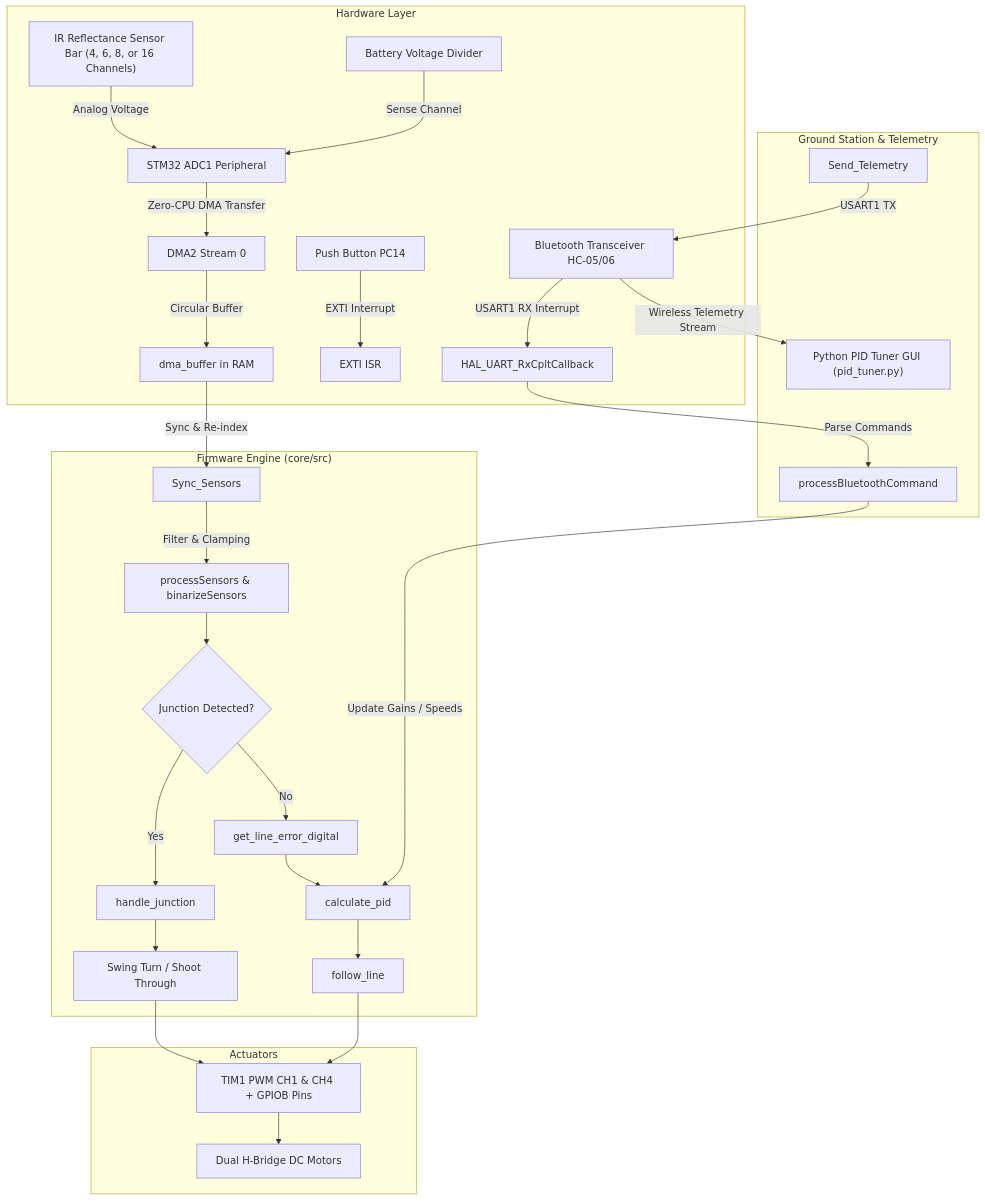
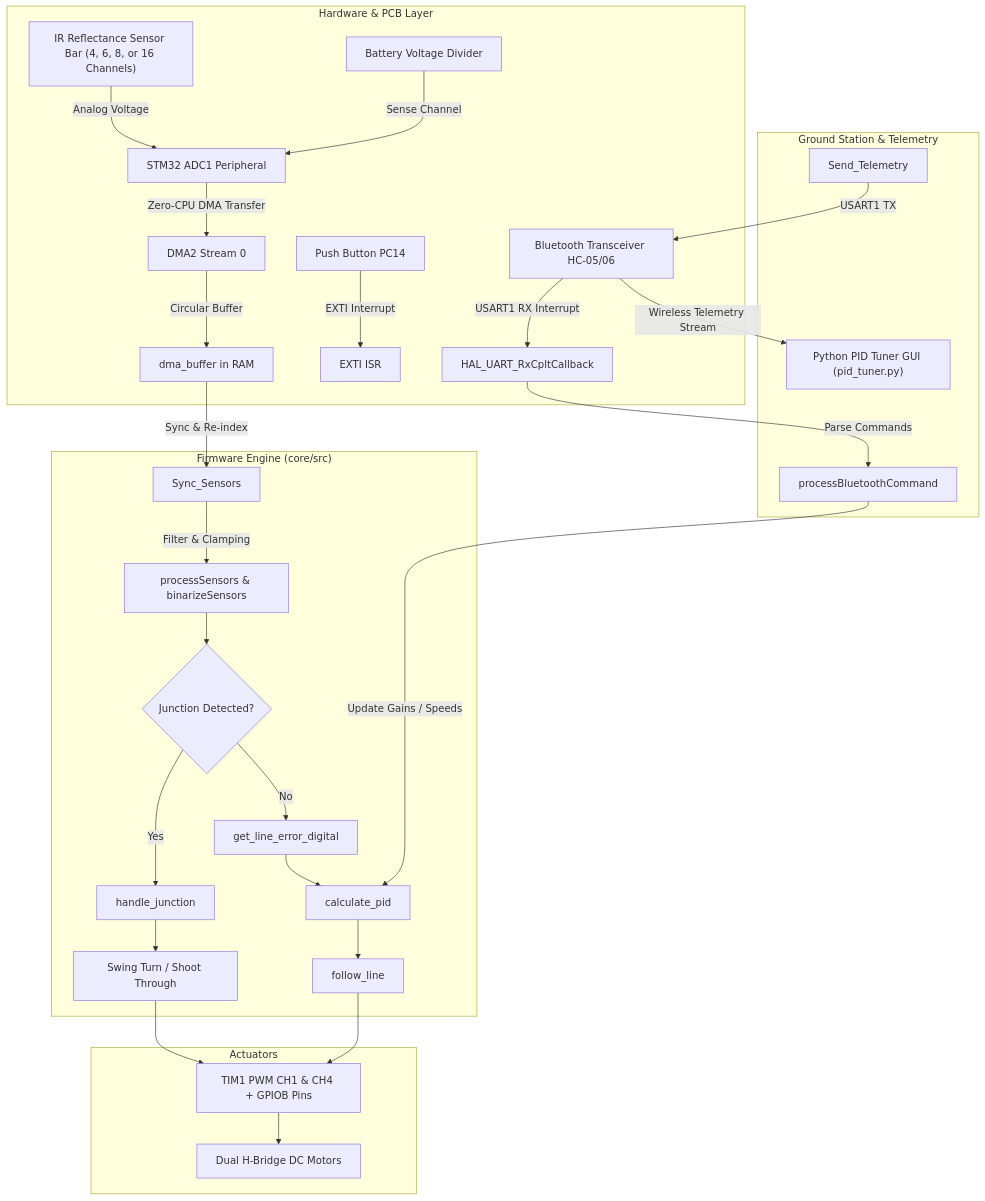
One commit to git-jaishnu/line_follower changed the first of 2 diagrams in README.md. Above: the diagram before and after it, drawn with Mermaid. The commit also changed other lines of this file, not shown here.

````diff
--- a/README.md
+++ b/README.md
@@ -40,37 +56,37 @@
 ```mermaid
 flowchart TD
-    subgraph "Hardware Layer"
+    subgraph "Hardware & PCB Layer"
         IR["IR Reflectance Sensor Bar (4, 6, 8, or 16 Channels)"] -->|Analog Voltage| ADC[STM32 ADC1 Peripheral]
         BATT[Battery Voltage Divider] -->|Sense Channel| ADC
         ADC -->|Zero-CPU DMA Transfer| DMA[DMA2 Stream 0]
         DMA -->|Circular Buffer| DMABUF[dma_buffer in RAM]
         BTN[Push Button PC14] -->|EXTI Interrupt| EXTI[EXTI ISR]
         BT_HW[Bluetooth Transceiver HC-05/06] -->|USART1 RX Interrupt| UART_ISR[HAL_UART_RxCpltCallback]
     end
 
     subgraph "Firmware Engine (core/src)"
         DMABUF -->|Sync & Re-index| SYNC[Sync_Sensors]
         SYNC -->|Filter & Clamping| PROC[processSensors & binarizeSensors]
         PROC --> JUNC{Junction Detected?}
         
         JUNC -->|Yes| MANEUVER[handle_junction]
         MANEUVER --> TURN[Swing Turn / Shoot Through]
         
         JUNC -->|No| CALC[get_line_error_digital]
         CALC --> PID[calculate_pid]
         PID --> FOLLOW[follow_line]
     end
 
     subgraph "Ground Station & Telemetry"
         UART_ISR -->|Parse Commands| PARSER[processBluetoothCommand]
         PARSER -->|Update Gains / Speeds| PID
         TELEM[Send_Telemetry] -->|USART1 TX| BT_HW
         BT_HW -->|Wireless Telemetry Stream| DASH["Python PID Tuner GUI (pid_tuner.py)"]
     end
 
     subgraph "Actuators"
         TURN --> PWM[TIM1 PWM CH1 & CH4 + GPIOB Pins]
         FOLLOW --> PWM
         PWM --> MOTORS[Dual H-Bridge DC Motors]
     end
 ```
````
